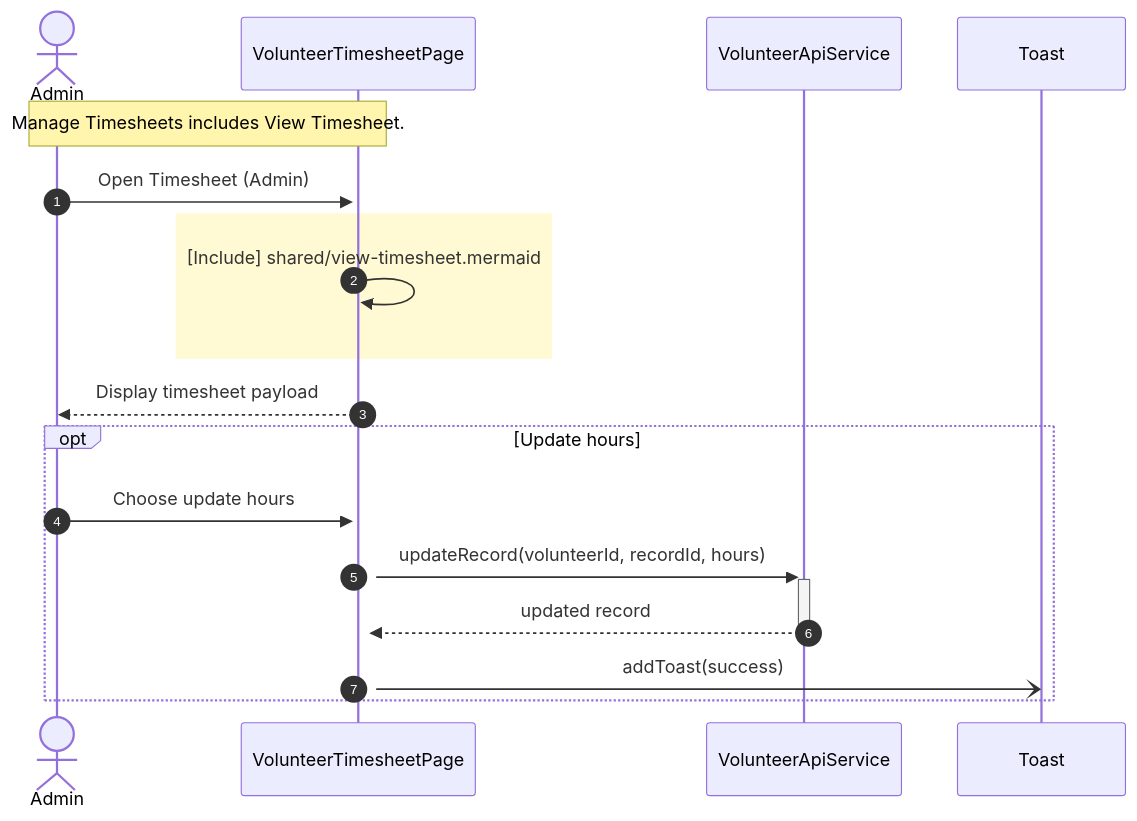
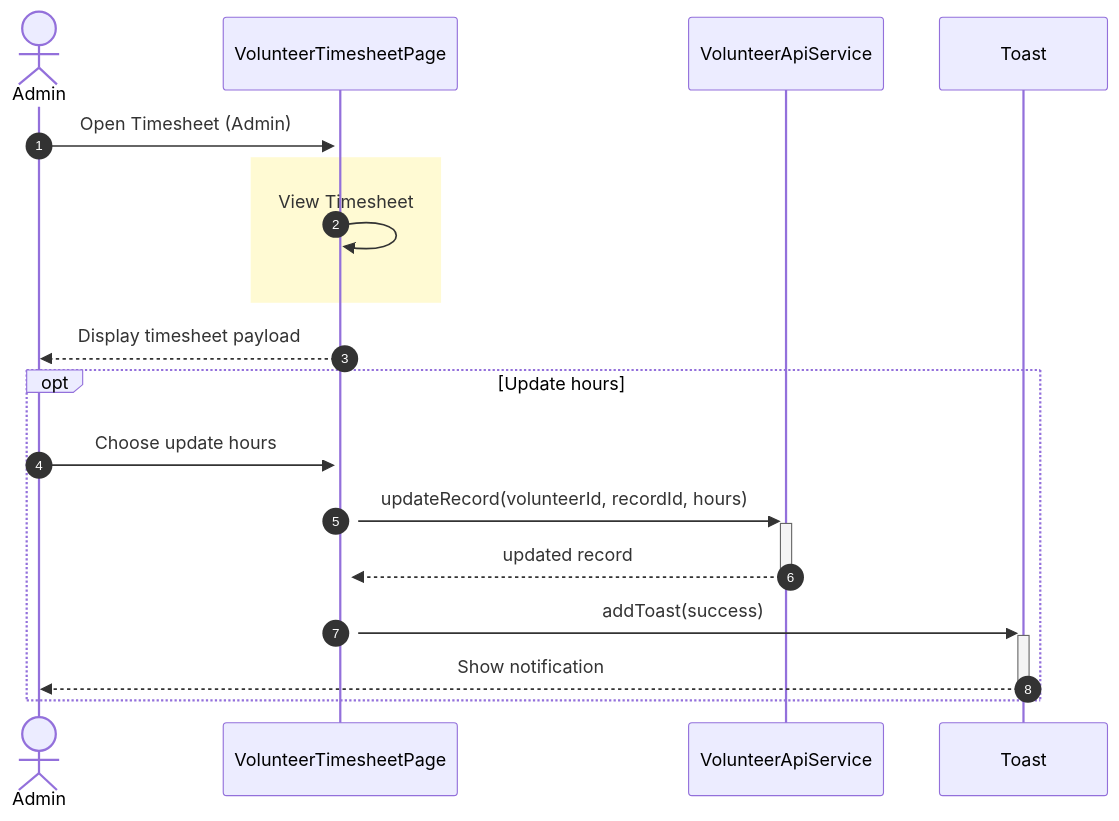
Before and after one commit to crypto-cmd/Volunteer-Management-COMP2171: the diagram in diagrams/sequences/admin-manage-timesheets.mermaid, drawn with Mermaid. The commit also changed 9 other files, not shown here.

```diff
--- a/diagrams/sequences/admin-manage-timesheets.mermaid
+++ b/diagrams/sequences/admin-manage-timesheets.mermaid
@@ -1,21 +1,20 @@
 sequenceDiagram
 autonumber
 actor Admin
 participant TimesheetPage as VolunteerTimesheetPage
 participant VolunteerApiService
 participant Toast
 
-Note over Admin,TimesheetPage: Manage Timesheets includes View Timesheet.
-
 Admin->>+TimesheetPage: Open Timesheet (Admin)
 rect rgba(255, 249, 196, 0.75)
-TimesheetPage->>TimesheetPage: [Include] shared/view-timesheet.mermaid
+TimesheetPage->>TimesheetPage: View Timesheet
 end
 TimesheetPage-->>Admin: Display timesheet payload
 
 opt Update hours
   Admin->>+TimesheetPage: Choose update hours
   TimesheetPage->>+VolunteerApiService: updateRecord(volunteerId, recordId, hours)
   VolunteerApiService-->>-TimesheetPage: updated record
-  TimesheetPage-)Toast: addToast(success)
+  TimesheetPage->>+Toast: addToast(success)
+  Toast-->>-Admin: Show notification
 end
```
